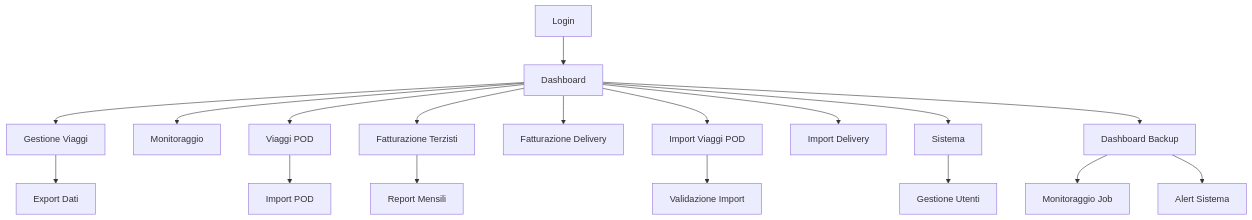
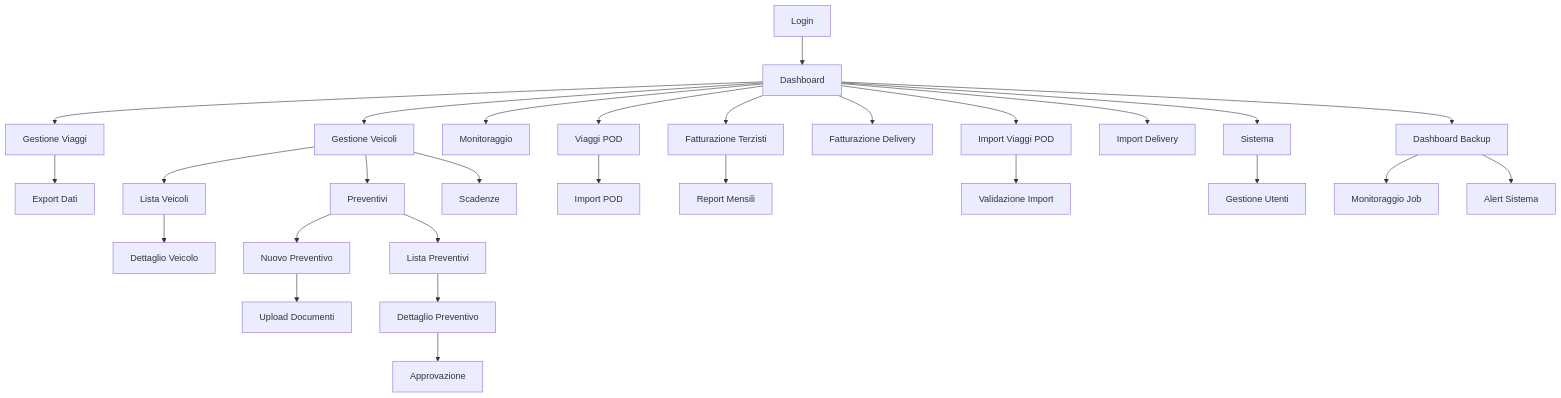
One commit to Xena75/Gestione-Partesa changed the diagram in .trae/documents/gestione_partesa_prd.md. Above: the diagram before and after it, drawn with Mermaid. The commit also changed other lines of this file and 22 other files, not shown here.

Commit message:
Deploy: Sistema Preventivi Veicoli Completo - Implementazione gestione preventivi con workflow approvazione, integrazione fornitori/servizi, upload documenti drag-and-drop, formato date italiane dd/mm/yyyy, API RESTful complete

````diff
--- a/.trae/documents/gestione_partesa_prd.md
+++ b/.trae/documents/gestione_partesa_prd.md
@@ -80,20 +88,30 @@
 ```mermaid
 graph TD
   A[Login] --> B[Dashboard]
   B --> C[Gestione Viaggi]
-  B --> D[Monitoraggio]
-  B --> E[Viaggi POD]
-  B --> F[Fatturazione Terzisti]
-  B --> G[Fatturazione Delivery]
-  B --> H[Import Viaggi POD]
-  B --> I[Import Delivery]
-  B --> J[Sistema]
-  B --> K[Dashboard Backup]
-  C --> L[Export Dati]
-  E --> M[Import POD]
-  F --> N[Report Mensili]
-  H --> O[Validazione Import]
-  J --> P[Gestione Utenti]
-  K --> Q[Monitoraggio Job]
-  K --> R[Alert Sistema]
+  B --> D[Gestione Veicoli]
+  B --> E[Monitoraggio]
+  B --> F[Viaggi POD]
+  B --> G[Fatturazione Terzisti]
+  B --> H[Fatturazione Delivery]
+  B --> I[Import Viaggi POD]
+  B --> J[Import Delivery]
+  B --> K[Sistema]
+  B --> L[Dashboard Backup]
+  C --> M[Export Dati]
+  D --> N[Lista Veicoli]
+  D --> O[Preventivi]
+  D --> P[Scadenze]
+  N --> Q[Dettaglio Veicolo]
+  O --> R[Nuovo Preventivo]
+  O --> S[Lista Preventivi]
+  R --> T[Upload Documenti]
+  S --> U[Dettaglio Preventivo]
+  U --> V[Approvazione]
+  F --> W[Import POD]
+  G --> X[Report Mensili]
+  I --> Y[Validazione Import]
+  K --> Z[Gestione Utenti]
+  L --> AA[Monitoraggio Job]
+  L --> BB[Alert Sistema]
 ```
````
